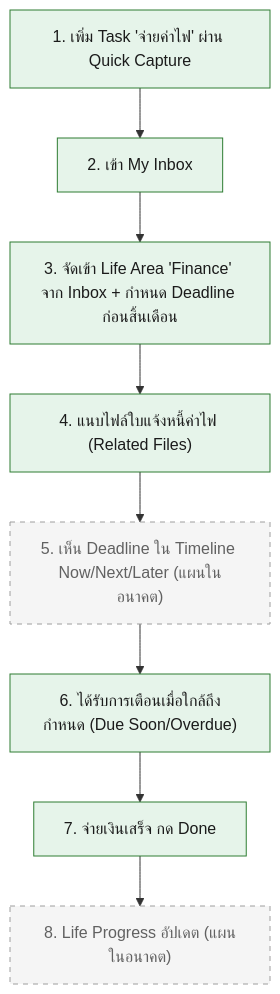
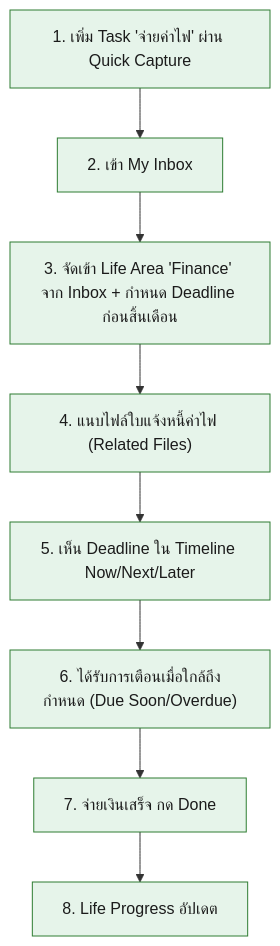
One commit to sirikorn-cmru/My-Today-Project changed the diagram in .docs/02-design/01-prototypes/user-journey-general-person.md. Above: the diagram before and after it, drawn with Mermaid. The commit also changed other lines of this file and 8 other files, not shown here.

````diff
--- a/.docs/02-design/01-prototypes/user-journey-general-person.md
+++ b/.docs/02-design/01-prototypes/user-journey-general-person.md
@@ -17,16 +17,16 @@
 ```mermaid
 flowchart TD
     B1["1. เพิ่ม Task 'จ่ายค่าไฟ' ผ่าน Quick Capture"]:::done
     B2["2. เข้า My Inbox"]:::done
     B3["3. จัดเข้า Life Area 'Finance' จาก Inbox + กำหนด Deadline ก่อนสิ้นเดือน"]:::done
     B4["4. แนบไฟล์ใบแจ้งหนี้ค่าไฟ (Related Files)"]:::done
-    B5["5. เห็น Deadline ใน Timeline Now/Next/Later (แผนในอนาคต)"]:::planned
+    B5["5. เห็น Deadline ใน Timeline Now/Next/Later"]:::done
     B6["6. ได้รับการเตือนเมื่อใกล้ถึงกำหนด (Due Soon/Overdue)"]:::done
     B7["7. จ่ายเงินเสร็จ กด Done"]:::done
-    B8["8. Life Progress อัปเดต (แผนในอนาคต)"]:::planned
+    B8["8. Life Progress อัปเดต"]:::done
 
     B1 --> B2 --> B3 --> B4 --> B5 --> B6 --> B7 --> B8
 
     classDef done fill:#e6f4ea,stroke:#2e7d32,stroke-width:1px,color:#1b1b1b;
     classDef planned fill:#f5f5f5,stroke:#9e9e9e,stroke-width:1px,stroke-dasharray:5 5,color:#616161;
 ```
````
